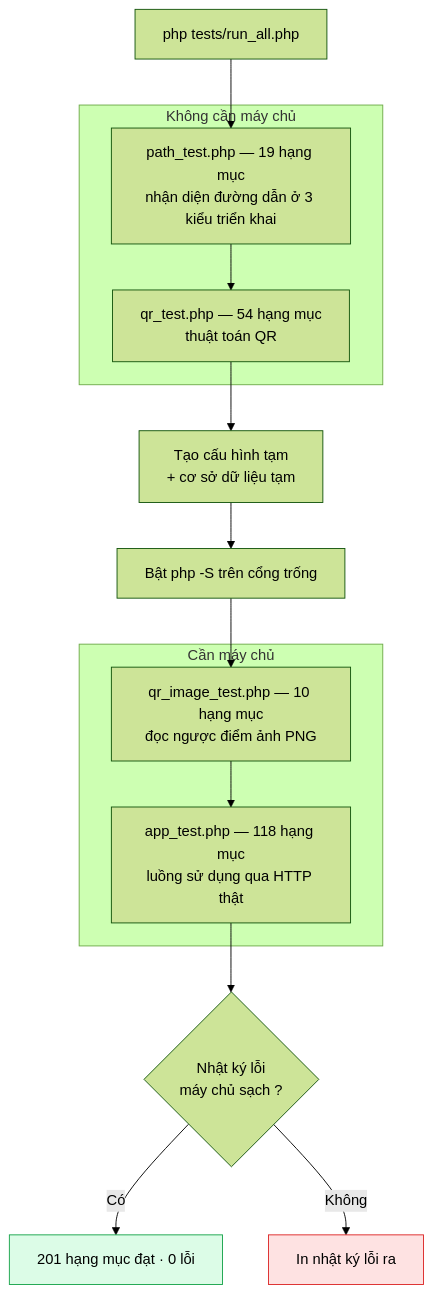
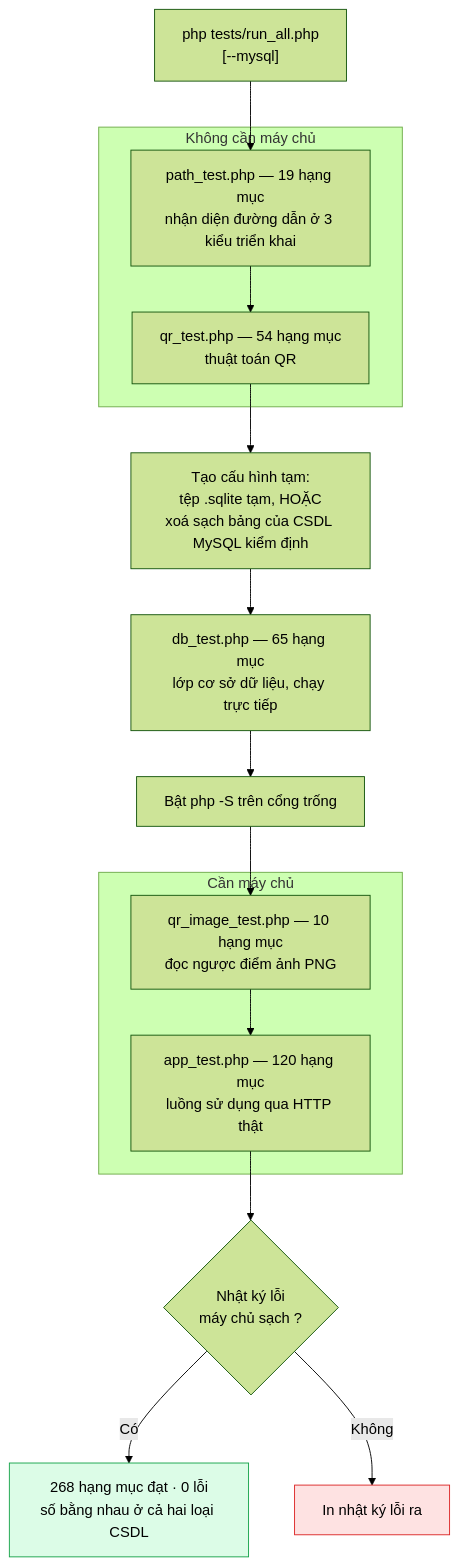
One commit to tlearnvn/dongnai-link-shortener changed diagram 15 of 19 in docs/quy-trinh-ky-thuat.md. Above: the diagram before and after it, drawn with Mermaid (forest theme). The commit also changed other lines of this file and 8 other files, not shown here.

````diff
--- a/docs/quy-trinh-ky-thuat.md
+++ b/docs/quy-trinh-ky-thuat.md
@@ -747,24 +937,25 @@
 ```mermaid
 flowchart TB
-    RUN["php tests/run_all.php"] --> T1
+    RUN["php tests/run_all.php<br/>[--mysql]"] --> T1
 
     subgraph nosrv["Không cần máy chủ"]
         T1["path_test.php — 19 hạng mục<br/>nhận diện đường dẫn ở 3 kiểu triển khai"]
         T2["qr_test.php — 54 hạng mục<br/>thuật toán QR"]
     end
 
-    T1 --> T2 --> CFG["Tạo cấu hình tạm<br/>+ cơ sở dữ liệu tạm"]
-    CFG --> SRV["Bật php -S trên cổng trống"]
+    T1 --> T2 --> CFG["Tạo cấu hình tạm:<br/>tệp .sqlite tạm, HOẶC<br/>xoá sạch bảng của CSDL MySQL kiểm định"]
+    CFG --> T5["db_test.php — 65 hạng mục<br/>lớp cơ sở dữ liệu, chạy trực tiếp"]
+    T5 --> SRV["Bật php -S trên cổng trống"]
 
     subgraph srv["Cần máy chủ"]
         T3["qr_image_test.php — 10 hạng mục<br/>đọc ngược điểm ảnh PNG"]
-        T4["app_test.php — 118 hạng mục<br/>luồng sử dụng qua HTTP thật"]
+        T4["app_test.php — 120 hạng mục<br/>luồng sử dụng qua HTTP thật"]
     end
 
     SRV --> T3 --> T4 --> CHK{"Nhật ký lỗi<br/>máy chủ sạch ?"}
-    CHK -->|Có| PASS["201 hạng mục đạt · 0 lỗi"]
+    CHK -->|Có| PASS["268 hạng mục đạt · 0 lỗi<br/>số bằng nhau ở cả hai loại CSDL"]
     CHK -->|Không| FAIL["In nhật ký lỗi ra"]
 
     style PASS fill:#dcfce7,stroke:#16a34a
     style FAIL fill:#fee2e2,stroke:#dc2626
 ```
````
